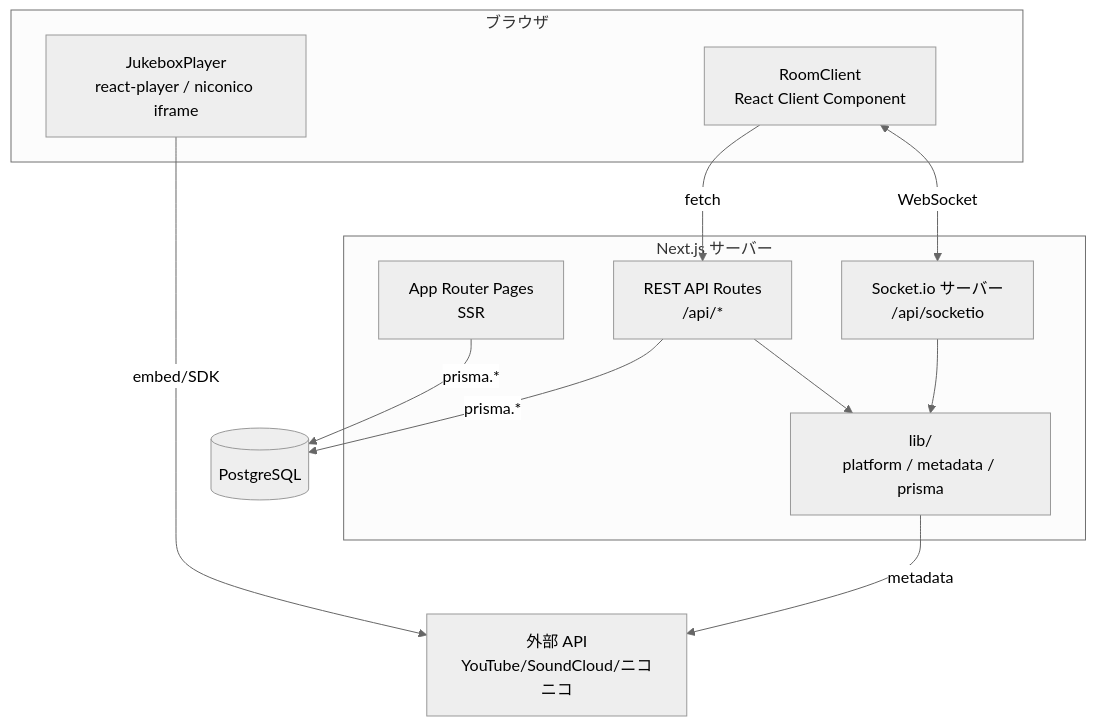
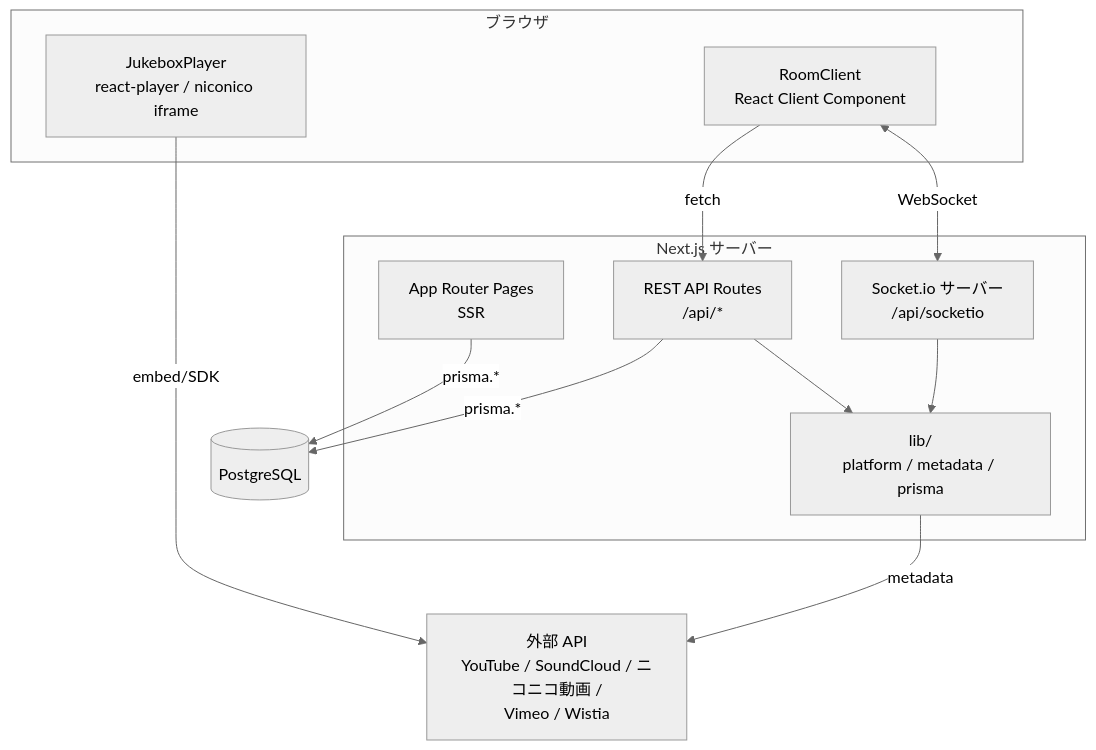
Before and after one commit to zagan-the-gun/XW-1: the second of 6 diagrams in docs/architecture.md, drawn with Mermaid (neutral theme). The commit also changed other lines of this file and 17 other files, not shown here.

````diff
--- a/docs/architecture.md
+++ b/docs/architecture.md
@@ -34,26 +37,26 @@
 ```mermaid
 flowchart TB
     subgraph browser[ブラウザ]
         RC[RoomClient<br/>React Client Component]
         JP[JukeboxPlayer<br/>react-player / niconico iframe]
     end
 
     subgraph server[Next.js サーバー]
         Pages[App Router Pages<br/>SSR]
         API[REST API Routes<br/>/api/*]
         WS[Socket.io サーバー<br/>/api/socketio]
         Lib[lib/<br/>platform / metadata / prisma]
     end
 
     DB[(PostgreSQL)]
-    Ext[外部 API<br/>YouTube/SoundCloud/ニコニコ]
+    Ext[外部 API<br/>YouTube / SoundCloud / ニコニコ動画 /<br/>Vimeo / Wistia]
 
     RC -->|fetch| API
     RC <-->|WebSocket| WS
     JP -->|embed/SDK| Ext
     Pages -->|prisma.*| DB
     API -->|prisma.*| DB
     API --> Lib
     WS --> Lib
     Lib -->|metadata| Ext
 ```
````
